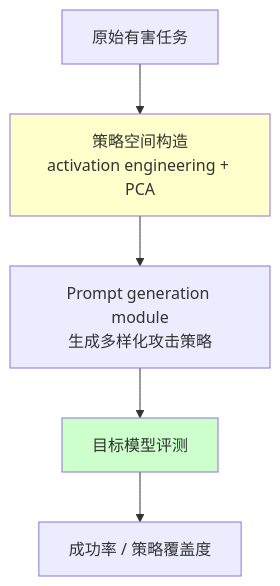
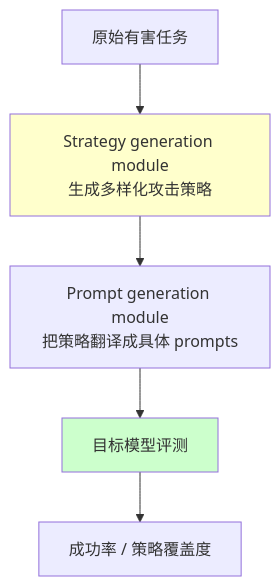
One commit to yeasy/ai_security_guide changed the sixth of 8 diagrams in 05_jailbreak/5.6_automated_jailbreak_methods.md. Above: the diagram before and after it, drawn with Mermaid. The commit also changed other lines of this file and 15 other files, not shown here.

````diff
--- a/05_jailbreak/5.6_automated_jailbreak_methods.md
+++ b/05_jailbreak/5.6_automated_jailbreak_methods.md
@@ -247,10 +227,10 @@
 ```mermaid
 graph TB
-    A["原始有害任务"] --> B["策略空间构造<br/>activation engineering + PCA"]
-    B --> C["Prompt generation module<br/>生成多样化攻击策略"]
+    A["原始有害任务"] --> B["Strategy generation module<br/>生成多样化攻击策略"]
+    B --> C["Prompt generation module<br/>把策略翻译成具体 prompts"]
     C --> D["目标模型评测"]
     D --> E["成功率 / 策略覆盖度"]
 
     style B fill:#ffffcc
     style D fill:#ccffcc
 ```
````
